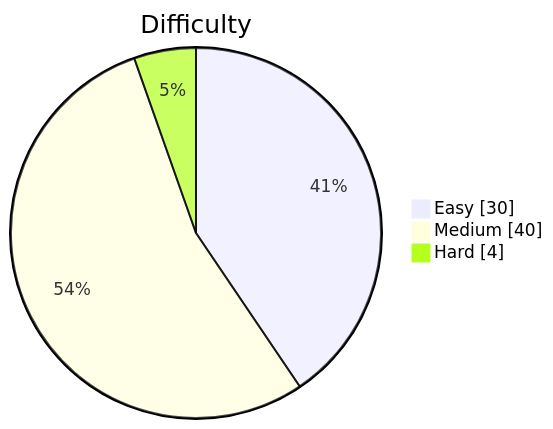
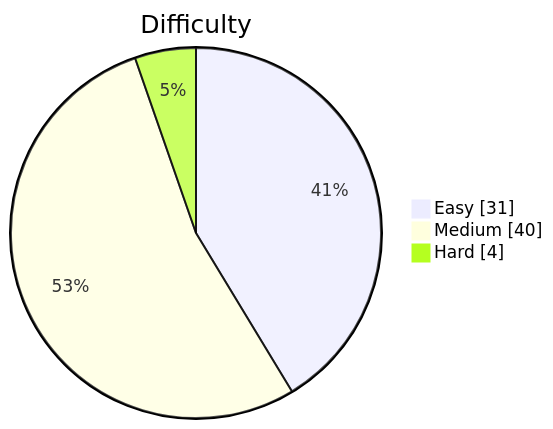
One commit to kevstevie/python-algo-practice changed the diagram in README.md. Above: the diagram before and after it, drawn with Mermaid. The commit also changed other lines of this file, not shown here.

````diff
--- a/README.md
+++ b/README.md
@@ -13,7 +13,7 @@
 ```mermaid
 pie showData
     title Difficulty
-    "Easy"   : 30
+    "Easy"   : 31
     "Medium" : 40
     "Hard"   : 4
 ```
````
